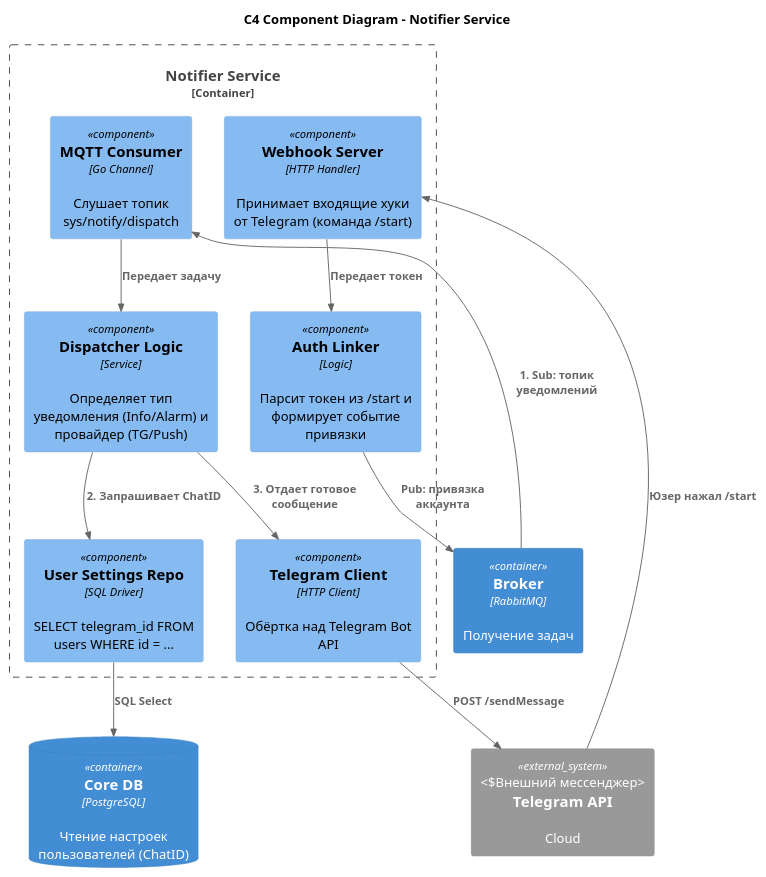
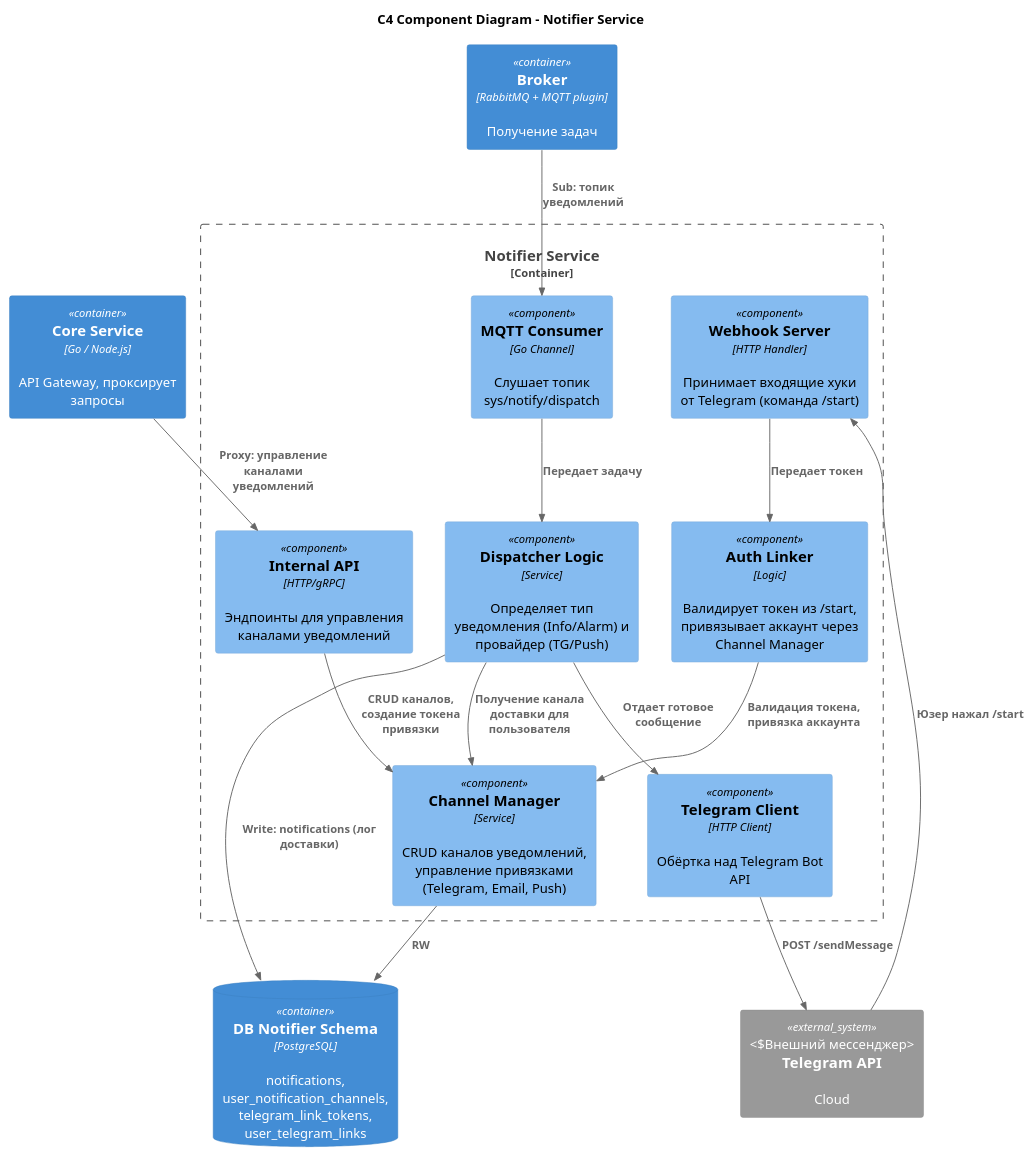
One commit to kalancha/architecture-course changed the diagram in architecture-warmhouse/apps/diagrams/NotifierComponent.puml. Above: the diagram before and after it, drawn with PlantUML. The commit also changed 23 other files, not shown here.

Commit message:
Refactoring, documentation and temperature-api service

```diff
--- a/architecture-warmhouse/apps/diagrams/NotifierComponent.puml
+++ b/architecture-warmhouse/apps/diagrams/NotifierComponent.puml
@@ -1,43 +1,43 @@
 @startuml
 !include https://raw.githubusercontent.com/plantuml-stdlib/C4-PlantUML/master/C4_Component.puml
 
 title C4 Component Diagram - Notifier Service
 
-' Внешние зависимости
-Container(broker, "Broker", "RabbitMQ", "Получение задач")
-ContainerDb(db_core, "Core DB", "PostgreSQL", "Чтение настроек пользователей (ChatID)")
+Container(core_service, "Core Service", "Go / Node.js", "API Gateway, проксирует запросы")
+Container(broker, "Broker", "RabbitMQ + MQTT plugin", "Получение задач")
+ContainerDb(db, "DB Notifier Schema", "PostgreSQL", "notifications, user_notification_channels,\ntelegram_link_tokens, user_telegram_links")
 System_Ext(telegram_api, "Telegram API", "Cloud", "Внешний мессенджер")
 
 Container_Boundary(notifier, "Notifier Service") {
 
-    ' --- ВХОДЯЩИЕ ИНТЕРФЕЙСЫ ---
+    Component(api_handler, "Internal API", "HTTP/gRPC", "Эндпоинты для управления каналами уведомлений")
+
     Component(mqtt_listener, "MQTT Consumer", "Go Channel", "Слушает топик sys/notify/dispatch")
     Component(webhook_server, "Webhook Server", "HTTP Handler", "Принимает входящие хуки от Telegram (команда /start)")
 
-    ' --- ЛОГИКА ---
+    Component(channel_manager, "Channel Manager", "Service", "CRUD каналов уведомлений, управление привязками (Telegram, Email, Push)")
+
     Component(dispatcher, "Dispatcher Logic", "Service", "Определяет тип уведомления (Info/Alarm) и провайдер (TG/Push)")
 
-    Component(auth_linker, "Auth Linker", "Logic", "Парсит токен из /start и формирует событие привязки")
+    Component(auth_linker, "Auth Linker", "Logic", "Валидирует токен из /start, привязывает аккаунт через Channel Manager")
 
-    ' --- РАБОТА С ДАННЫМИ ---
-    Component(user_repo, "User Settings Repo", "SQL Driver", "SELECT telegram_id FROM users WHERE id = ...")
-
-    ' --- АДАПТЕРЫ ---
     Component(tg_client, "Telegram Client", "HTTP Client", "Обёртка над Telegram Bot API")
-
 }
 
-' --- ФЛОУ ОТПРАВКИ (SENDING) ---
-Rel(broker, mqtt_listener, "1. Sub: топик уведомлений")
+Rel(broker, mqtt_listener, "Sub: топик уведомлений")
 Rel(mqtt_listener, dispatcher, "Передает задачу")
-Rel(dispatcher, user_repo, "2. Запрашивает ChatID")
-Rel(user_repo, db_core, "SQL Select")
-Rel(dispatcher, tg_client, "3. Отдает готовое сообщение")
+Rel(dispatcher, channel_manager, "Получение канала доставки для пользователя")
+Rel(dispatcher, tg_client, "Отдает готовое сообщение")
+Rel(dispatcher, db, "Write: notifications (лог доставки)")
 Rel(tg_client, telegram_api, "POST /sendMessage")
 
-' --- ФЛОУ ПРИВЯЗКИ (PAIRING) ---
 Rel(telegram_api, webhook_server, "Юзер нажал /start")
 Rel(webhook_server, auth_linker, "Передает токен")
-Rel(auth_linker, broker, "Pub: привязка аккаунта")
+Rel(auth_linker, channel_manager, "Валидация токена, привязка аккаунта")
+
+Rel(channel_manager, db, "RW")
+
+Rel(core_service, api_handler, "Proxy: управление каналами уведомлений")
+Rel(api_handler, channel_manager, "CRUD каналов, создание токена привязки")
 
 @enduml
```
